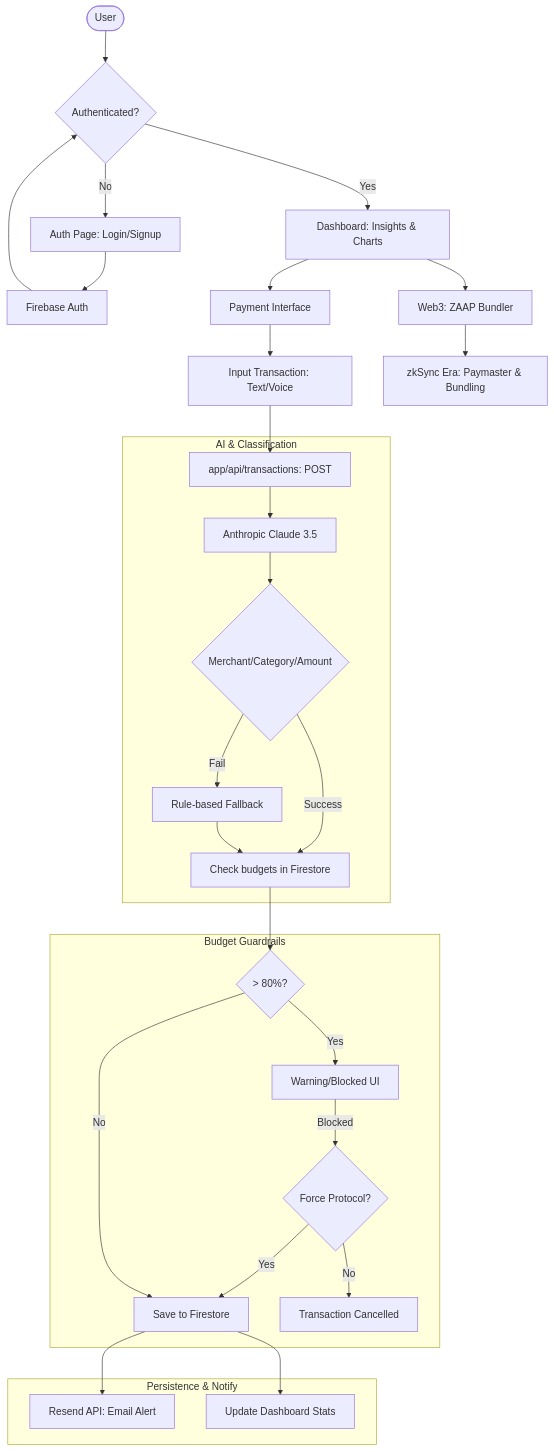
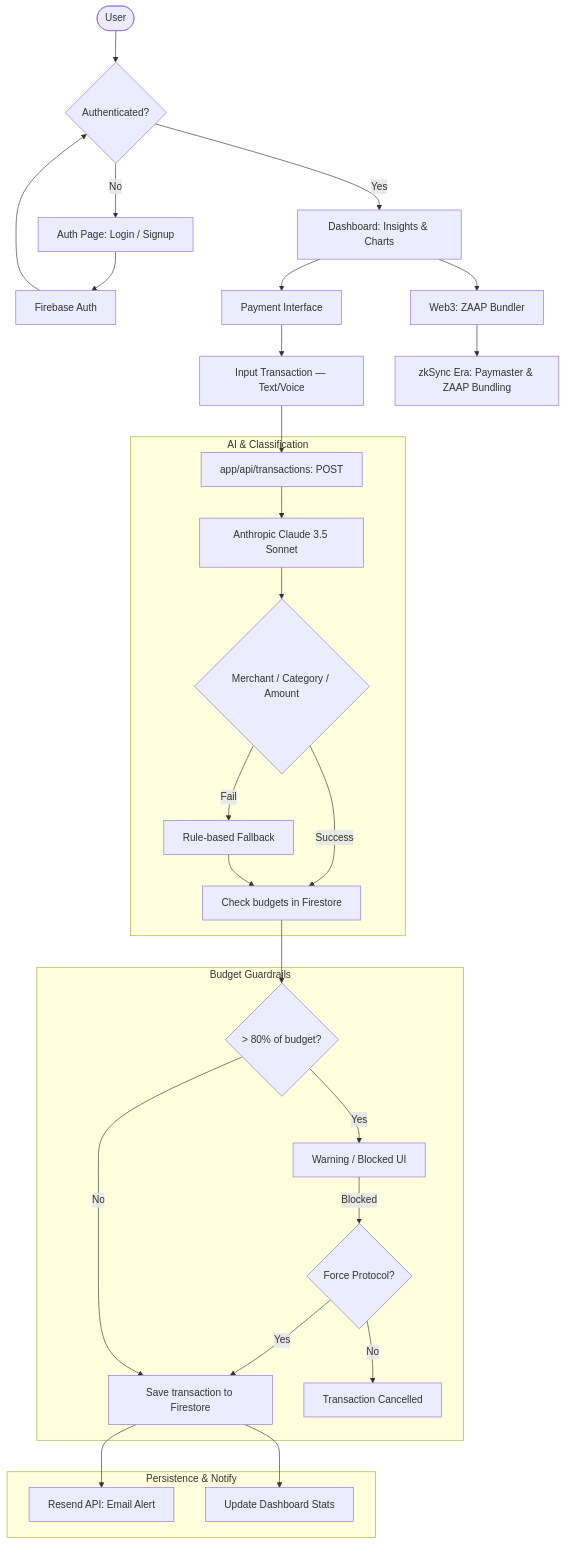
The diagram in README.md (Ibaner20065/fixmypayments), drawn with Mermaid before and after one commit. The commit also changed other lines of this file, not shown here.

````diff
--- a/README.md
+++ b/README.md
@@ -103,40 +108,40 @@
 ```mermaid
 graph TD
     User([User]) --> Auth{Authenticated?}
-    Auth -- No --> Login[Auth Page: Login/Signup]
+    Auth -- No --> Login[Auth Page: Login / Signup]
     Login --> FirebaseID[Firebase Auth]
     FirebaseID --> Auth
-    
+
     Auth -- Yes --> Dashboard[Dashboard: Insights & Charts]
     Dashboard --> Pay[Payment Interface]
-    
-    Pay --> Input[Input Transaction: Text/Voice]
+
+    Pay --> Input[Input Transaction — Text/Voice]
     Input --> Classify[app/api/transactions: POST]
-    
+
     subgraph AI_Engine [AI & Classification]
-        Classify --> AI[Anthropic Claude 3.5]
-        AI --> Result{Merchant/Category/Amount}
+        Classify --> AI[Anthropic Claude 3.5 Sonnet]
+        AI --> Result{Merchant / Category / Amount}
         Result -- Success --> BudgetCheck
         Result -- Fail --> Rules[Rule-based Fallback]
         Rules --> BudgetCheck
     end
-    
+
     subgraph Guardrails [Budget Guardrails]
         BudgetCheck[Check budgets in Firestore]
-        BudgetCheck --> Over80{> 80%?}
-        Over80 -- Yes --> Alert[Warning/Blocked UI]
+        BudgetCheck --> Over80{> 80% of budget?}
+        Over80 -- Yes --> Alert[Warning / Blocked UI]
         Alert -- Blocked --> Force{Force Protocol?}
         Force -- Yes --> Persist
         Force -- No --> Cancel[Transaction Cancelled]
         Over80 -- No --> Persist
     end
-    
+
     subgraph Persistence [Persistence & Notify]
-        Persist[Save to Firestore]
+        Persist[Save transaction to Firestore]
         Persist --> Email[Resend API: Email Alert]
         Persist --> UpdateDash[Update Dashboard Stats]
     end
-    
+
     Dashboard --> ZAAP[Web3: ZAAP Bundler]
-    ZAAP --> zkSync[zkSync Era: Paymaster & Bundling]
+    ZAAP --> zkSync[zkSync Era: Paymaster & ZAAP Bundling]
 ```
````
